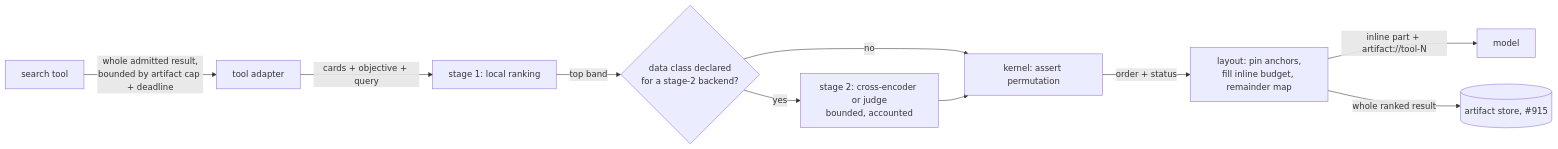
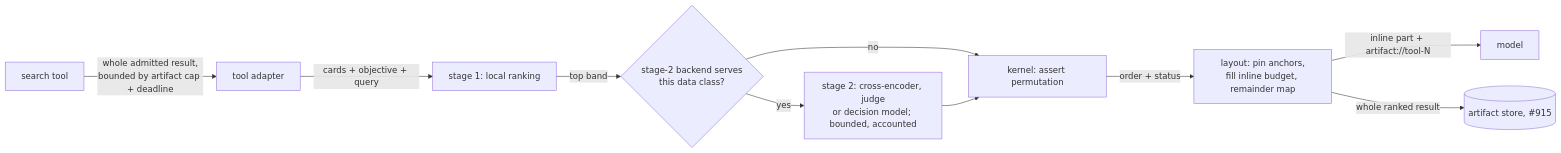
Before and after one commit to leon0399/llame: the diagram in docs/research/tool-harness/2026-11-02-objective-rerank-engine.md, drawn with Mermaid. The commit also changed other lines of this file and 6 other files, not shown here.

````diff
--- a/docs/research/tool-harness/2026-11-02-objective-rerank-engine.md
+++ b/docs/research/tool-harness/2026-11-02-objective-rerank-engine.md
@@ -289,12 +300,12 @@
 ```mermaid
 flowchart LR
   T[search tool] -->|whole admitted result,<br/>bounded by artifact cap + deadline| A[tool adapter]
   A -->|cards + objective + query| S1[stage 1: local ranking]
-  S1 -->|top band| G{data class declared<br/>for a stage-2 backend?}
+  S1 -->|top band| G{stage-2 backend serves<br/>this data class?}
   G -- no --> K[kernel: assert permutation]
-  G -- yes --> S2[stage 2: cross-encoder or judge<br/>bounded, accounted]
+  G -- yes --> S2[stage 2: cross-encoder, judge<br/>or decision model; bounded, accounted]
   S2 --> K
   K -->|order + status| L[layout: pin anchors,<br/>fill inline budget, remainder map]
   L -->|inline part + artifact://tool-N| M[model]
   L -->|whole ranked result| R[(artifact store, #915)]
 ```
````
